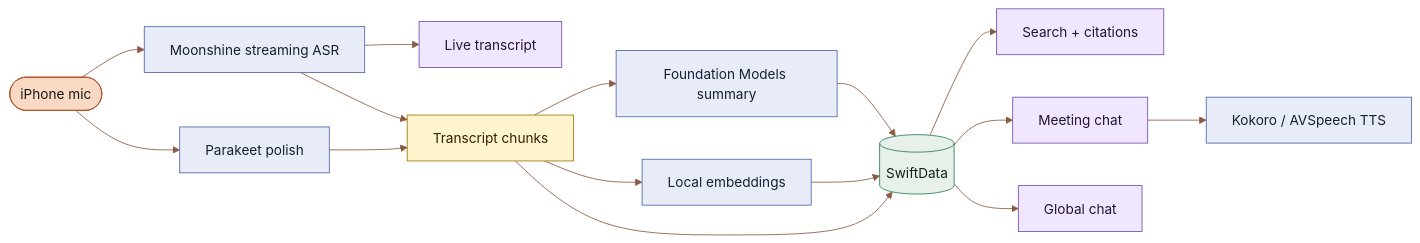
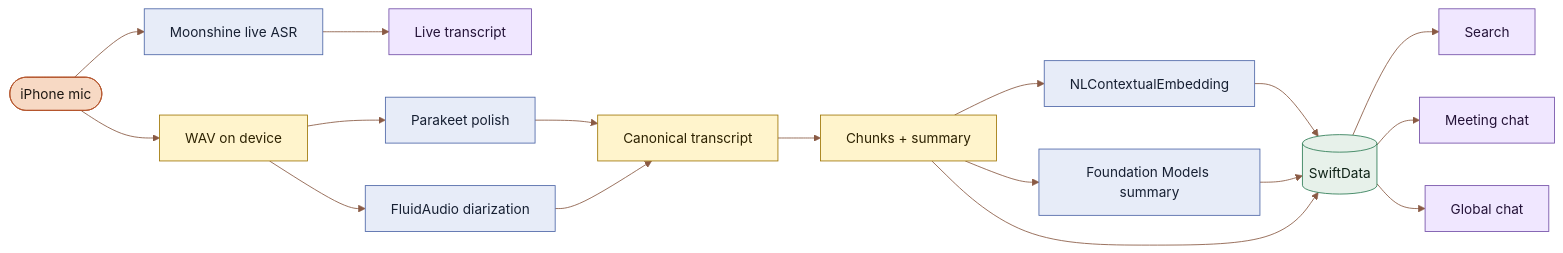
Before and after one commit to theaayushstha1/aftertalk: the first of 2 diagrams in README.md, drawn with Mermaid. The commit also changed other lines of this file and 3 other files, not shown here.

````diff
--- a/README.md
+++ b/README.md
@@ -47,24 +67,26 @@
 ```mermaid
 %%{init: {'theme': 'base', 'themeVariables': {'primaryColor': '#F5E7D0', 'primaryTextColor': '#1D1712', 'primaryBorderColor': '#B4532A', 'lineColor': '#8A5A44', 'secondaryColor': '#E7F1EA', 'tertiaryColor': '#E7ECF8', 'fontFamily': 'Inter, ui-sans-serif, system-ui'}}}%%
 flowchart LR
-    A([iPhone mic]):::capture --> B[Moonshine streaming ASR]:::model
+    A([iPhone mic]):::capture --> B[Moonshine live ASR]:::model
     B --> C[Live transcript]:::ui
-    B --> D[Transcript chunks]:::data
-    A --> E[Parakeet polish]:::model
-    E --> D
-    D --> F[Foundation Models summary]:::model
-    D --> G[Local embeddings]:::model
-    F --> H[(SwiftData)]:::store
-    G --> H
-    D --> H
-    H --> I[Search + citations]:::ui
-    H --> J[Meeting chat]:::ui
-    H --> K[Global chat]:::ui
-    J --> L[Kokoro / AVSpeech TTS]:::model
+    A --> D[WAV on device]:::data
+    D --> E[Parakeet polish]:::model
+    D --> F[FluidAudio diarization]:::model
+    E --> G[Canonical transcript]:::data
+    F --> G
+    G --> H[Chunks + summary]:::data
+    H --> I[NLContextualEmbedding]:::model
+    H --> J[Foundation Models summary]:::model
+    I --> K[(SwiftData)]:::store
+    J --> K
+    H --> K
+    K --> L[Search]:::ui
+    K --> M[Meeting chat]:::ui
+    K --> N[Global chat]:::ui
 
     classDef capture fill:#F7D9C4,stroke:#B4532A,color:#1D1712;
     classDef model fill:#E7ECF8,stroke:#4F68A8,color:#172033;
     classDef data fill:#FFF4CC,stroke:#A07708,color:#2D2200;
     classDef store fill:#E7F1EA,stroke:#2F7D55,color:#102418;
     classDef ui fill:#F0E7FF,stroke:#7450A8,color:#241338;
 ```
````
